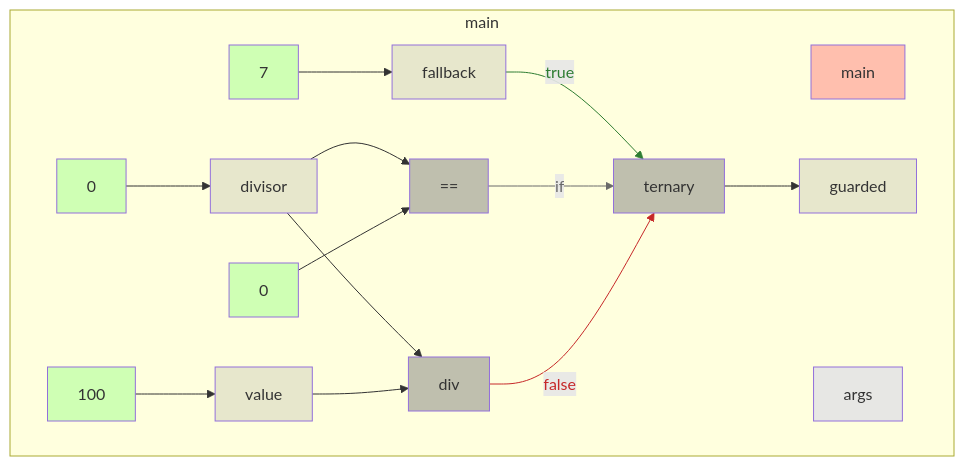
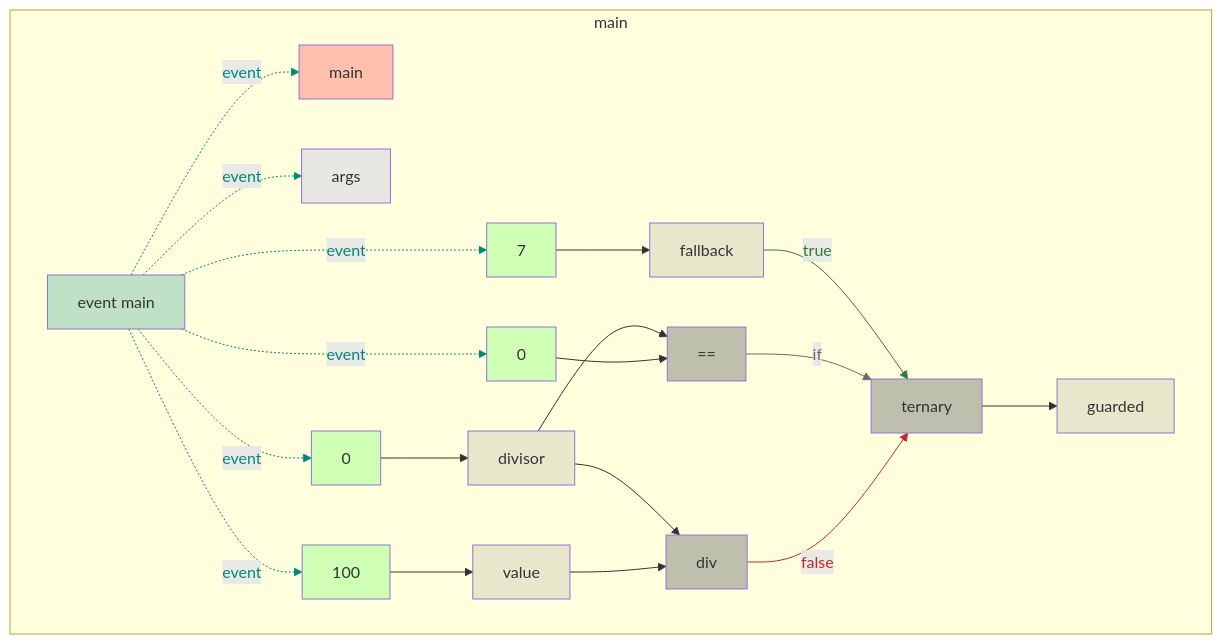
One commit to gstiebler/codeflow changed the diagram in app/src/test/resources/ternary/snapshot.md. Above: the diagram before and after it, drawn with Mermaid. The commit also changed 77 other files, not shown here.

````diff
--- a/app/src/test/resources/ternary/snapshot.md
+++ b/app/src/test/resources/ternary/snapshot.md
@@ -1,39 +1,53 @@
 ```mermaid
 flowchart TD
   subgraph b0["main"]
-    n1[main]:::RETURN
-    n2[args]:::FUNC_PARAM
-    n3[0]:::LITERAL
-    n4[divisor]:::VARIABLE
-    n5[100]:::LITERAL
-    n6[value]:::VARIABLE
-    n7[7]:::LITERAL
-    n8[fallback]:::VARIABLE
-    n9[0]:::LITERAL
-    n10[==]:::BIN_OP
-    n11[div]:::BIN_OP
-    n12[ternary]:::BIN_OP
-    n13[guarded]:::VARIABLE
-    n3[0]:::LITERAL --> n4[divisor]:::VARIABLE
-    n4[divisor]:::VARIABLE --> n10[==]:::BIN_OP
-    n4[divisor]:::VARIABLE --> n11[div]:::BIN_OP
-    n5[100]:::LITERAL --> n6[value]:::VARIABLE
-    n6[value]:::VARIABLE --> n11[div]:::BIN_OP
-    n7[7]:::LITERAL --> n8[fallback]:::VARIABLE
-    n8[fallback]:::VARIABLE -->|true| n12[ternary]:::BIN_OP
-    n9[0]:::LITERAL --> n10[==]:::BIN_OP
-    n10[==]:::BIN_OP -->|if| n12[ternary]:::BIN_OP
-    n11[div]:::BIN_OP -->|false| n12[ternary]:::BIN_OP
-    n12[ternary]:::BIN_OP --> n13[guarded]:::VARIABLE
+    n1[event main]:::EVENT
+    n2[main]:::RETURN
+    n3[args]:::FUNC_PARAM
+    n4[0]:::LITERAL
+    n5[divisor]:::VARIABLE
+    n6[100]:::LITERAL
+    n7[value]:::VARIABLE
+    n8[7]:::LITERAL
+    n9[fallback]:::VARIABLE
+    n10[0]:::LITERAL
+    n11[==]:::BIN_OP
+    n12[div]:::BIN_OP
+    n13[ternary]:::BIN_OP
+    n14[guarded]:::VARIABLE
+    n1[event main]:::EVENT -. event .-> n2[main]:::RETURN
+    n1[event main]:::EVENT -. event .-> n3[args]:::FUNC_PARAM
+    n1[event main]:::EVENT -. event .-> n4[0]:::LITERAL
+    n1[event main]:::EVENT -. event .-> n6[100]:::LITERAL
+    n1[event main]:::EVENT -. event .-> n8[7]:::LITERAL
+    n1[event main]:::EVENT -. event .-> n10[0]:::LITERAL
+    n4[0]:::LITERAL --> n5[divisor]:::VARIABLE
+    n5[divisor]:::VARIABLE --> n11[==]:::BIN_OP
+    n5[divisor]:::VARIABLE --> n12[div]:::BIN_OP
+    n6[100]:::LITERAL --> n7[value]:::VARIABLE
+    n7[value]:::VARIABLE --> n12[div]:::BIN_OP
+    n8[7]:::LITERAL --> n9[fallback]:::VARIABLE
+    n9[fallback]:::VARIABLE -->|true| n13[ternary]:::BIN_OP
+    n10[0]:::LITERAL --> n11[==]:::BIN_OP
+    n11[==]:::BIN_OP -->|if| n13[ternary]:::BIN_OP
+    n12[div]:::BIN_OP -->|false| n13[ternary]:::BIN_OP
+    n13[ternary]:::BIN_OP --> n14[guarded]:::VARIABLE
   end
-  linkStyle 6 stroke:#2e7d32,color:#2e7d32
-  linkStyle 8 stroke:#6a6a6a,color:#6a6a6a
-  linkStyle 9 stroke:#c62828,color:#c62828
+  linkStyle 0 stroke:#00897b,color:#00897b
+  linkStyle 1 stroke:#00897b,color:#00897b
+  linkStyle 2 stroke:#00897b,color:#00897b
+  linkStyle 3 stroke:#00897b,color:#00897b
+  linkStyle 4 stroke:#00897b,color:#00897b
+  linkStyle 5 stroke:#00897b,color:#00897b
+  linkStyle 12 stroke:#2e7d32,color:#2e7d32
+  linkStyle 14 stroke:#6a6a6a,color:#6a6a6a
+  linkStyle 15 stroke:#c62828,color:#c62828
   classDef LITERAL fill:#00FF0030
   classDef VARIABLE fill:#80808030
   classDef BIN_OP fill:#80808080
   classDef FUNC_PARAM fill:#8080FF30
   classDef RETURN fill:#FF808080
   classDef EXTERNAL fill:#FFA50040
   classDef UNMODELLED fill:#FF000030,stroke-dasharray: 4 2
+  classDef EVENT fill:#00897B40
 ```
````
